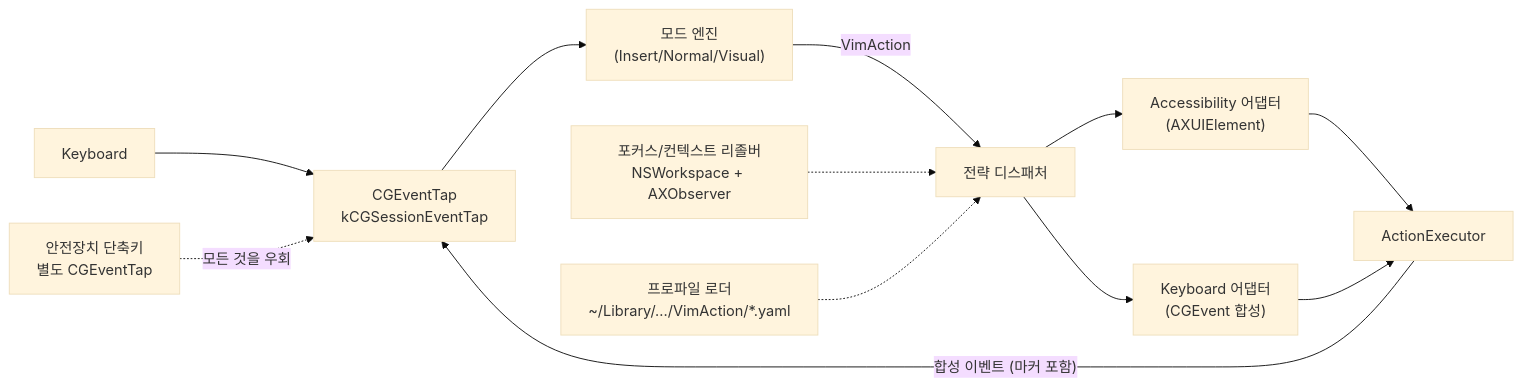
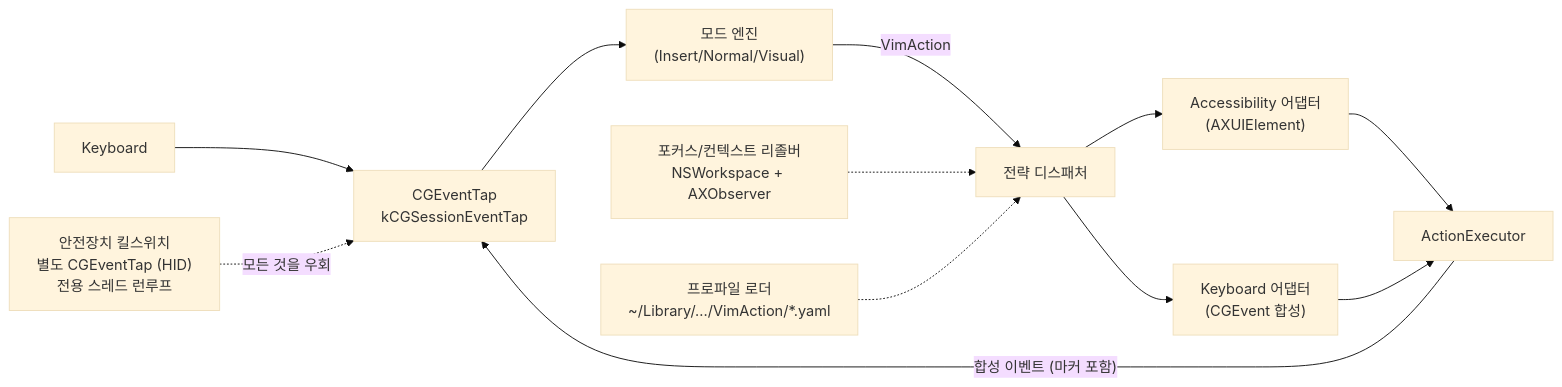
The diagram in .claude/skills/architecture/references/system-overview.md (pilyang/vim-action), drawn with Mermaid (base theme) before and after one commit. The commit also changed other lines of this file and 22 other files, not shown here.

First line of the commit message:
feat(app): 안전장치 킬스위치 — HID 전용 탭·전용 스레드·킬 요청 래치 (#18)

````diff
--- a/.claude/skills/architecture/references/system-overview.md
+++ b/.claude/skills/architecture/references/system-overview.md
@@ -9,15 +9,15 @@
 ```mermaid
 graph LR
     KB[Keyboard] --> Tap[CGEventTap<br/>kCGSessionEventTap]
     Tap --> Engine["모드 엔진<br/>(Insert/Normal/Visual)"]
     Engine -->|VimAction| Dispatcher[전략 디스패처]
     Dispatcher --> AX["Accessibility 어댑터<br/>(AXUIElement)"]
     Dispatcher --> KBD["Keyboard 어댑터<br/>(CGEvent 합성)"]
     AX --> Exec[ActionExecutor]
     KBD --> Exec
     Exec -->|"합성 이벤트 (마커 포함)"| Tap
 
     Resolver["포커스/컨텍스트 리졸버<br/>NSWorkspace + AXObserver"] -.-> Dispatcher
     Profile["프로파일 로더<br/>~/Library/.../VimAction/*.yaml"] -.-> Dispatcher
-    Failsafe[안전장치 단축키<br/>별도 CGEventTap] -.->|모든 것을 우회| Tap
+    Failsafe["안전장치 킬스위치<br/>별도 CGEventTap (HID)<br/>전용 스레드 런루프"] -.->|모든 것을 우회| Tap
 ```
````
